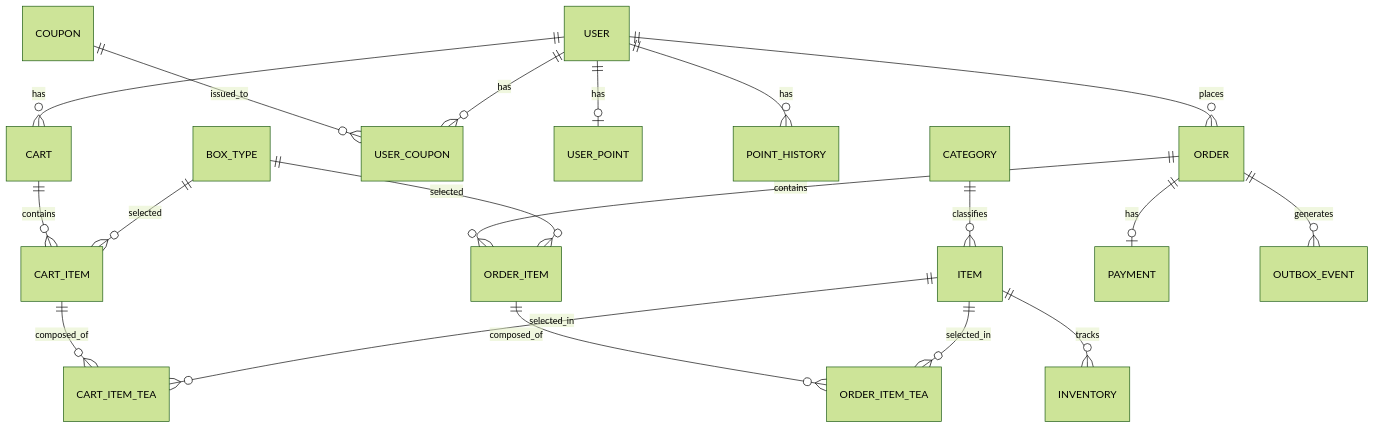
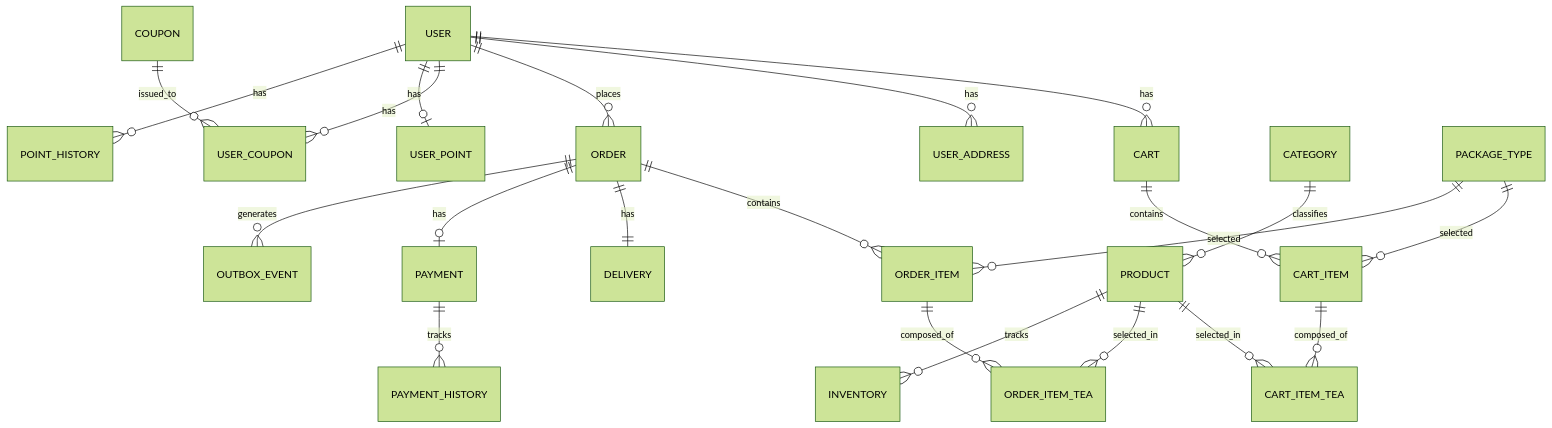
The first of 8 diagrams in ecommerce/docs/api/data-models.md (jay05410/hanghae10-for-study), drawn with Mermaid (forest theme) before and after one commit. The commit also changed other lines of this file, not shown here.

Commit message:
docs: ERD 개선(FK 제거 및 필요 테이블, 컬럼 추가)

````diff
--- a/ecommerce/docs/api/data-models.md
+++ b/ecommerce/docs/api/data-models.md
@@ -17,27 +63,30 @@
 ```mermaid
 erDiagram
-    USER ||--o{ CART : has
-    USER ||--o{ ORDER : places
-    USER ||--o{ USER_COUPON : has
-    USER ||--o| USER_POINT : has
-    USER ||--o{ POINT_HISTORY : has
+    USER ||--o{ CART : "has"
+    USER ||--o{ USER_ADDRESS : "has"
+    USER ||--o{ ORDER : "places"
+    USER ||--o{ USER_COUPON : "has"
+    USER ||--o| USER_POINT : "has"
+    USER ||--o{ POINT_HISTORY : "has"
 
-    CATEGORY ||--o{ ITEM : classifies
+    CATEGORY ||--o{ PRODUCT : "classifies"
 
-    ITEM ||--o{ CART_ITEM_TEA : selected_in
-    ITEM ||--o{ ORDER_ITEM_TEA : selected_in
-    ITEM ||--o{ INVENTORY : tracks
+    PRODUCT ||--o{ CART_ITEM_TEA : "selected_in"
+    PRODUCT ||--o{ ORDER_ITEM_TEA : "selected_in"
+    PRODUCT ||--o{ INVENTORY : "tracks"
 
-    BOX_TYPE ||--o{ CART_ITEM : selected
-    BOX_TYPE ||--o{ ORDER_ITEM : selected
+    PACKAGE_TYPE ||--o{ CART_ITEM : "selected"
+    PACKAGE_TYPE ||--o{ ORDER_ITEM : "selected"
 
-    CART ||--o{ CART_ITEM : contains
-    CART_ITEM ||--o{ CART_ITEM_TEA : composed_of
+    CART ||--o{ CART_ITEM : "contains"
+    CART_ITEM ||--o{ CART_ITEM_TEA : "composed_of"
 
-    ORDER ||--o{ ORDER_ITEM : contains
-    ORDER_ITEM ||--o{ ORDER_ITEM_TEA : composed_of
-    ORDER ||--o| PAYMENT : has
-    ORDER ||--o{ OUTBOX_EVENT : generates
+    ORDER ||--o{ ORDER_ITEM : "contains"
+    ORDER_ITEM ||--o{ ORDER_ITEM_TEA : "composed_of"
+    ORDER ||--|| DELIVERY : "has"
+    ORDER ||--o| PAYMENT : "has"
+    PAYMENT ||--o{ PAYMENT_HISTORY : "tracks"
+    ORDER ||--o{ OUTBOX_EVENT : "generates"
 
-    COUPON ||--o{ USER_COUPON : issued_to
+    COUPON ||--o{ USER_COUPON : "issued_to"
 ```
````
